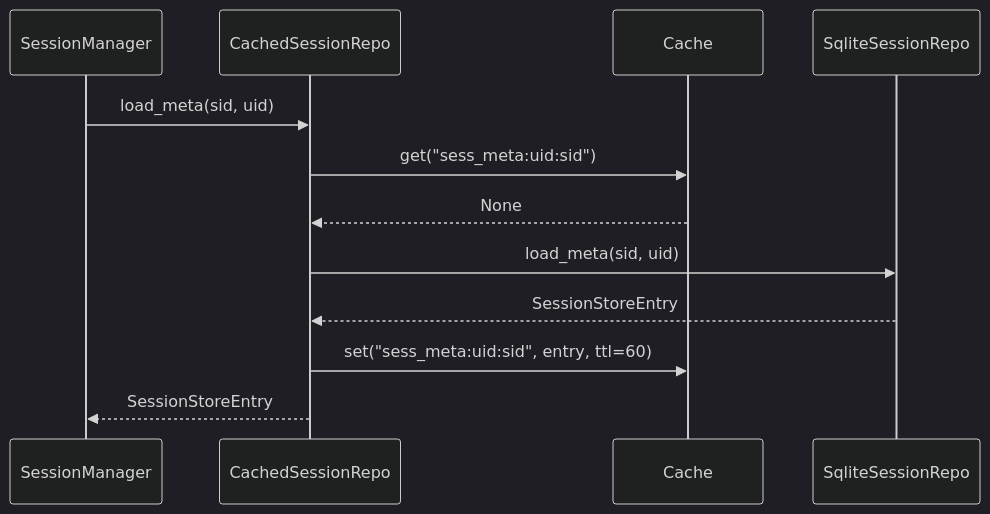
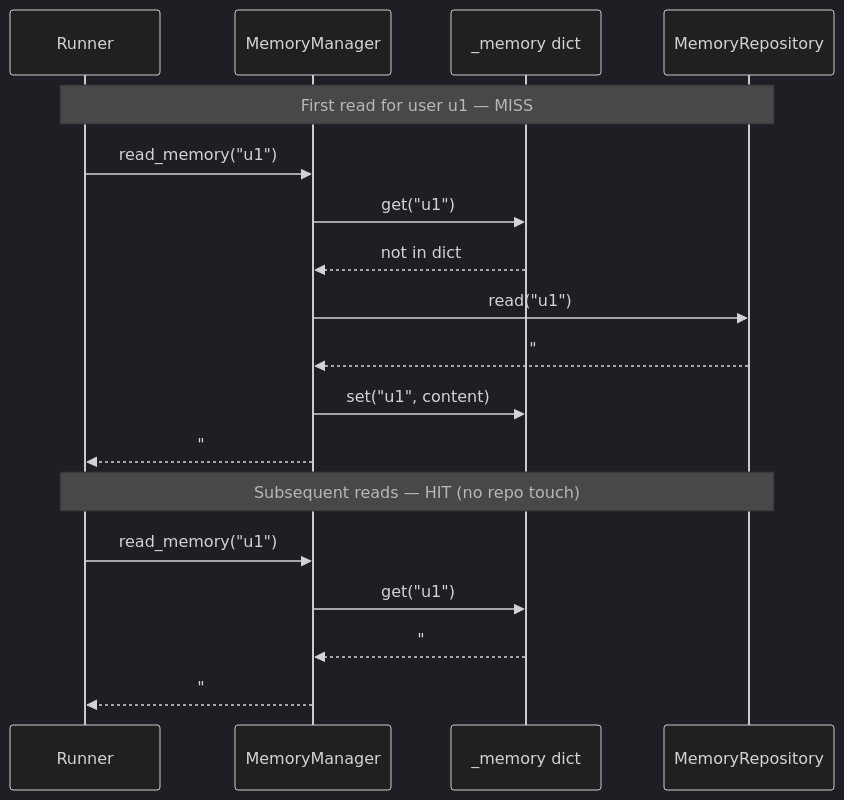
One commit to YU-JI-KUI/ark-agentic changed the eighth of 13 diagrams in docs/architecture-c4.md. Above: the diagram before and after it, drawn with Mermaid (dark theme). The commit also changed other lines of this file, not shown here.

First line of the commit message:
docs: refresh C4 diagrams for cache removal + per-feature DeclarativeBase

````diff
--- a/docs/architecture-c4.md
+++ b/docs/architecture-c4.md
@@ -477,15 +387,22 @@
 ```mermaid
 sequenceDiagram
-    participant SM as SessionManager
-    participant CSR as CachedSessionRepo
-    participant Cache
-    participant Sqlite as SqliteSessionRepo
+    participant Runner
+    participant MM as MemoryManager
+    participant Mem as _memory dict
+    participant Repo as MemoryRepository
 
-    SM->>CSR: load_meta(sid, uid)
-    CSR->>Cache: get("sess_meta:uid:sid")
-    Cache-->>CSR: None
-    CSR->>Sqlite: load_meta(sid, uid)
-    Sqlite-->>CSR: SessionStoreEntry
-    CSR->>Cache: set("sess_meta:uid:sid", entry, ttl=60)
-    CSR-->>SM: SessionStoreEntry
+    Note over Runner,Repo: First read for user u1 — MISS
+    Runner->>MM: read_memory("u1")
+    MM->>Mem: get("u1")
+    Mem-->>MM: not in dict
+    MM->>Repo: read("u1")
+    Repo-->>MM: "## Profile\n..."
+    MM->>Mem: set("u1", content)
+    MM-->>Runner: "## Profile\n..."
+
+    Note over Runner,Repo: Subsequent reads — HIT (no repo touch)
+    Runner->>MM: read_memory("u1")
+    MM->>Mem: get("u1")
+    Mem-->>MM: "## Profile\n..."
+    MM-->>Runner: "## Profile\n..."
 ```
````
